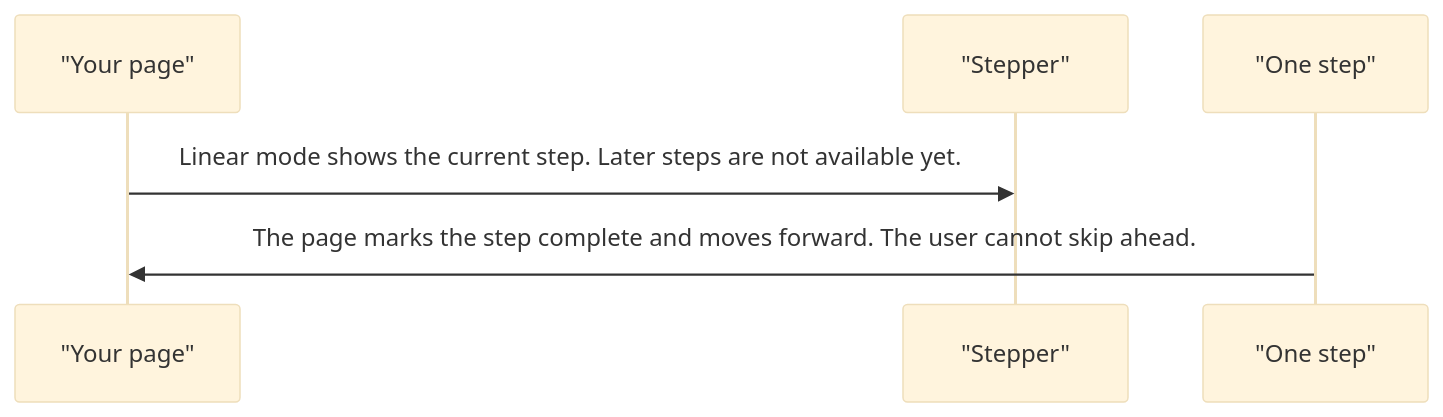
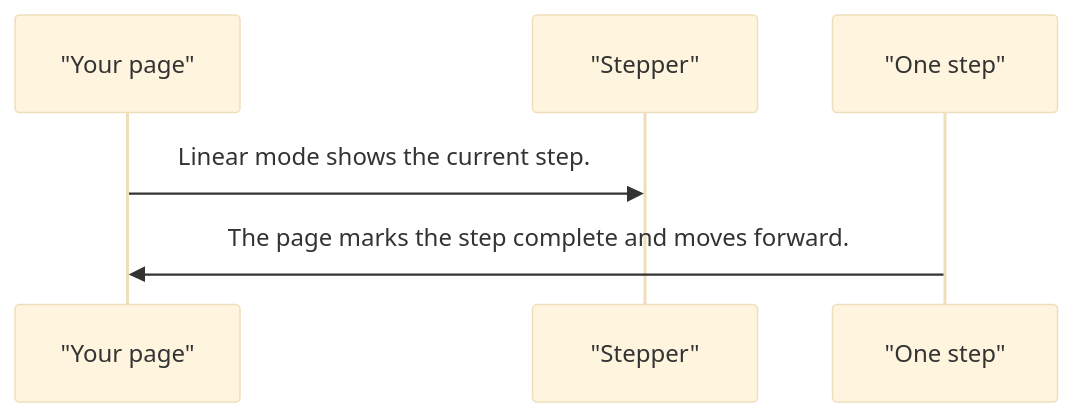
The second of 4 diagrams in projects/pixel-ui/src/lib/pixel-stepper/DESIGN.md (RajshekharBorate/pixel-ui), drawn with Mermaid (base theme) before and after one commit. The commit also changed other lines of this file and 80 other files, not shown here.

Commit message:
Fill missing design flows and correct the stories that did not match component behavior.

````diff
--- a/projects/pixel-ui/src/lib/pixel-stepper/DESIGN.md
+++ b/projects/pixel-ui/src/lib/pixel-stepper/DESIGN.md
@@ -53,8 +53,8 @@
 ```mermaid
 sequenceDiagram
   participant page as "Your page"
   participant stepper as "Stepper"
   participant step as "One step"
-  page->>stepper: Linear mode shows the current step. Later steps are not available yet.
-  step->>page: The page marks the step complete and moves forward. The user cannot skip ahead.
+  page->>stepper: Linear mode shows the current step.
+  step->>page: The page marks the step complete and moves forward.
 ```
````
